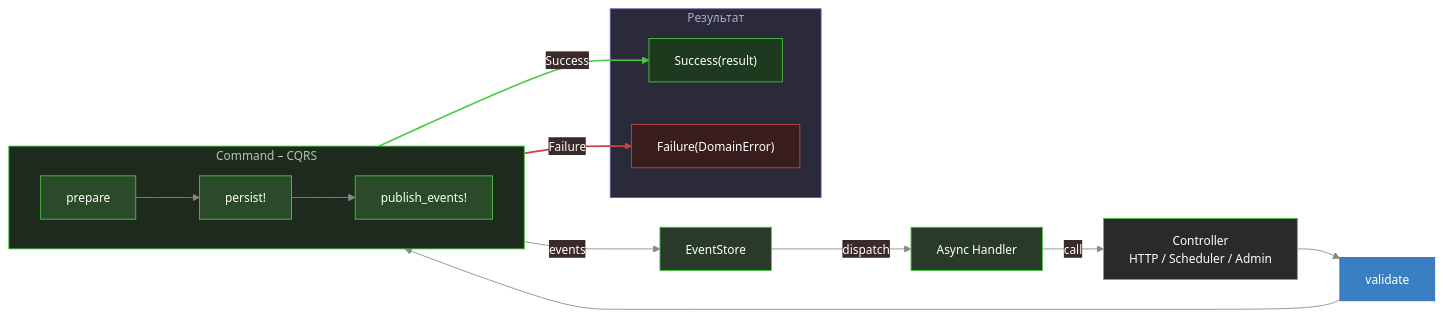
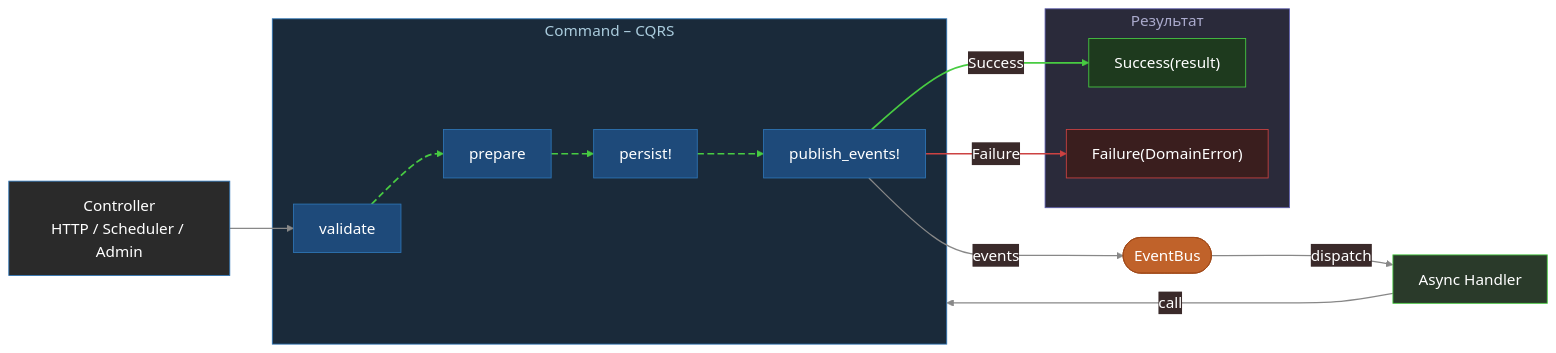
The diagram in FP_Talk_2026/merge/arch.mmd (argent-smith/presentations), drawn with Mermaid before and after one commit. The commit also changed 1 other file, not shown here.

Commit message:
Обновил диаграмму «Архитектура команды» на слайде 47

```diff
--- a/FP_Talk_2026/merge/arch.mmd
+++ b/FP_Talk_2026/merge/arch.mmd
@@ -1,53 +1,50 @@
 %%{init: {'theme': 'base', 'themeVariables': {
   'background': '#191919',
   'primaryColor': '#2a3a2a',
   'primaryTextColor': '#ffffff',
   'primaryBorderColor': '#48CC42',
   'lineColor': '#888888',
-  'fontSize': '14px'
+  'fontSize': '18px'
 }}}%%
 flowchart LR
     ctrl["Controller\nHTTP / Scheduler / Admin"]
-    validate["validate"]
 
     subgraph cmd["Command – CQRS"]
-        direction LR
-        prepare["prepare"] --> persist["persist!"] --> publish["publish_events!"]
+        validate["validate"] --> prepare["prepare"] --> persist["persist!"] --> publish["publish_events!"]
     end
 
     ctrl --> validate
-    validate --> prepare
 
     subgraph result["Результат"]
         SR["Success(result)"]
         FDE["Failure(DomainError)"]
     end
 
     publish -->|"Success"| SR
     publish -->|"Failure"| FDE
 
-    publish -->|"events"| ES["EventStore"]
+    publish -->|"events"| ES(["EventBus"])
     ES -->|"dispatch"| AH["Async Handler"]
-    AH -->|"call"| ctrl
+    AH -->|"call"| cmd
 
-    style ctrl    fill:#2a2a2a,stroke:#48CC42,color:#ffffff
-    style validate fill:#3a7fc1,stroke:#2e75b6,color:#ffffff
-    style cmd     fill:#1e2a1e,stroke:#48CC42,color:#aaccaa
-    style prepare fill:#2a4a2a,stroke:#48CC42,color:#ffffff
-    style persist fill:#2a4a2a,stroke:#48CC42,color:#ffffff
-    style publish fill:#2a4a2a,stroke:#48CC42,color:#ffffff
+    style ctrl    fill:#2a2a2a,stroke:#2e75b6,color:#ffffff
+    style cmd     fill:#1a2a3a,stroke:#2e75b6,color:#aaccdd
+    style validate fill:#1e4a7a,stroke:#2e75b6,color:#ffffff
+    style prepare  fill:#1e4a7a,stroke:#2e75b6,color:#ffffff
+    style persist  fill:#1e4a7a,stroke:#2e75b6,color:#ffffff
+    style publish  fill:#1e4a7a,stroke:#2e75b6,color:#ffffff
     style result  fill:#2a2a3a,stroke:#5a5aaa,color:#aaaacc
     style SR      fill:#1e3a1e,stroke:#48CC42,color:#ffffff
     style FDE     fill:#3a1e1e,stroke:#cc4242,color:#ffffff
-    style ES      fill:#2a3a2a,stroke:#48CC42,color:#ffffff
+    style ES      fill:#c0622a,stroke:#a04818,color:#ffffff
     style AH      fill:#2a3a2a,stroke:#48CC42,color:#ffffff
 
-    linkStyle 0 stroke:#888888
-    linkStyle 1 stroke:#888888
-    linkStyle 2 stroke:#888888
-    linkStyle 3 stroke:#888888
+    linkStyle 0 stroke:#48CC42,stroke-width:2px,stroke-dasharray:8 4
+    linkStyle 1 stroke:#48CC42,stroke-width:2px,stroke-dasharray:8 4
+    linkStyle 2 stroke:#48CC42,stroke-width:2px,stroke-dasharray:8 4
+    linkStyle 3 stroke:#888888,stroke-width:1.5px
     linkStyle 4 stroke:#48CC42,stroke-width:2px
     linkStyle 5 stroke:#cc4242,stroke-width:2px
-    linkStyle 6 stroke:#888888
-    linkStyle 7 stroke:#888888
-    linkStyle 8 stroke:#888888
+    linkStyle 6 stroke:#888888,stroke-width:1.5px
+    linkStyle 7 stroke:#888888,stroke-width:1.5px
+    linkStyle 8 stroke:#888888,stroke-width:1.5px
```
